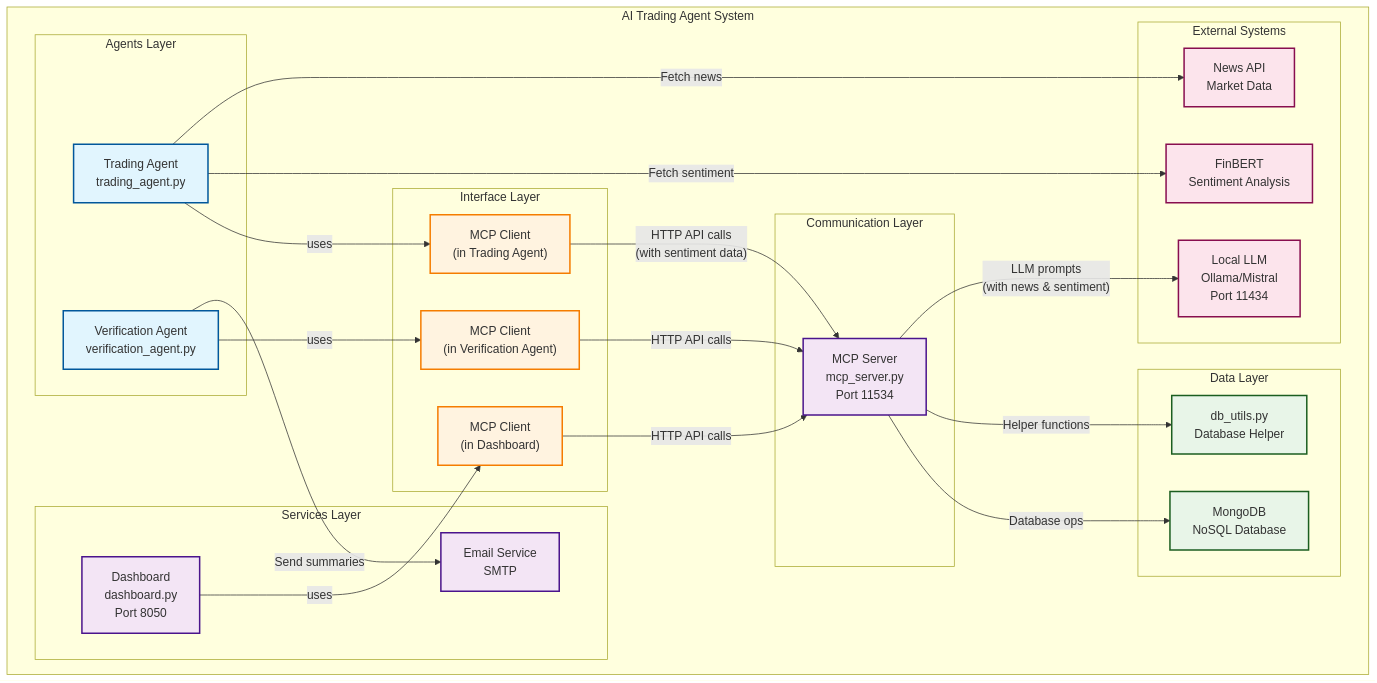
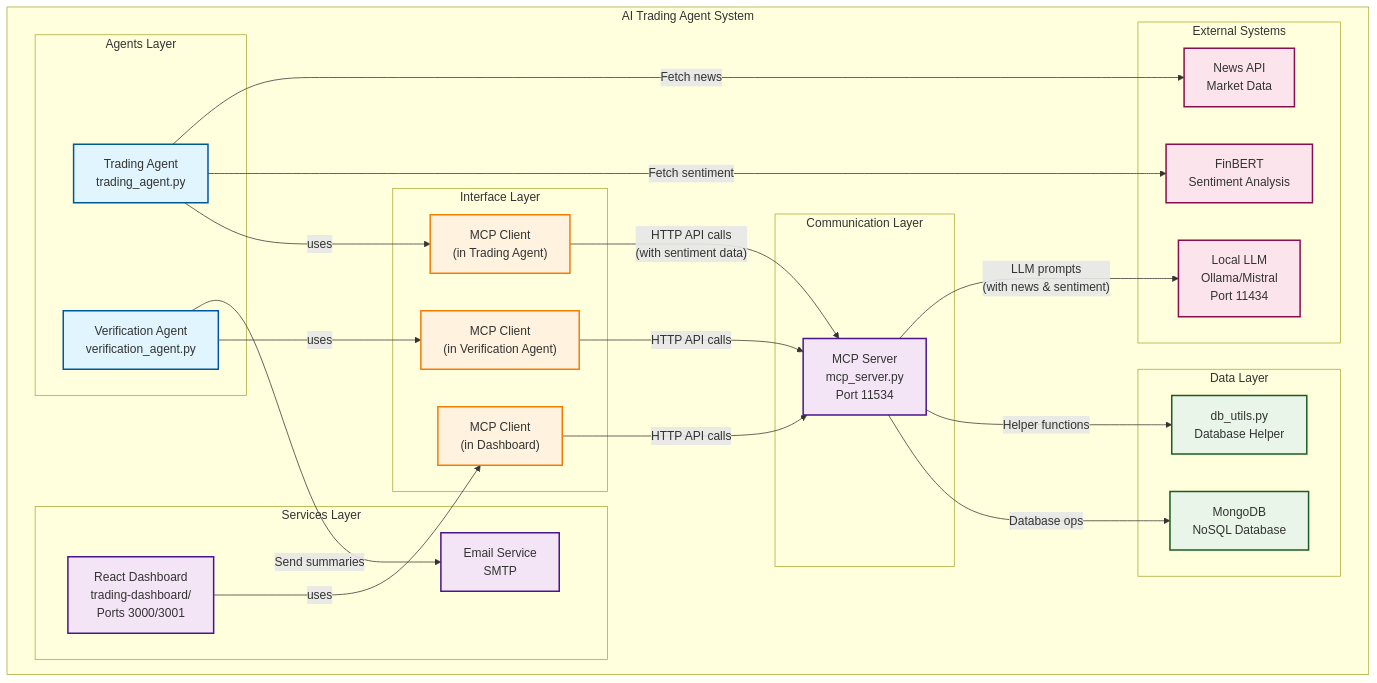
One commit to AbhishekBandarupalle/AItradingagent changed the diagram in README.md. Above: the diagram before and after it, drawn with Mermaid. The commit also changed other lines of this file and 10 other files, not shown here.

````diff
--- a/README.md
+++ b/README.md
@@ -23,70 +23,70 @@
 ```mermaid
 flowchart TB
     subgraph "AI Trading Agent System"
         subgraph "Agents Layer"
             TA["Trading Agent<br/>trading_agent.py"]
             VA["Verification Agent<br/>verification_agent.py"]
         end
         
         subgraph "Interface Layer"
             MCPC1["MCP Client<br/>(in Trading Agent)"]
             MCPC2["MCP Client<br/>(in Verification Agent)"]
             MCPC3["MCP Client<br/>(in Dashboard)"]
         end
         
         subgraph "Communication Layer"
             MCP["MCP Server<br/>mcp_server.py<br/>Port 11534"]
         end
         
         subgraph "Data Layer"
             DB["MongoDB<br/>NoSQL Database"]
             DBU["db_utils.py<br/>Database Helper"]
         end
         
         subgraph "Services Layer"
-            DASH["Dashboard<br/>dashboard.py<br/>Port 8050"]
+            DASH["React Dashboard<br/>trading-dashboard/<br/>Ports 3000/3001"]
             EMAIL["Email Service<br/>SMTP"]
         end
         
         subgraph "External Systems"
             LLM["Local LLM<br/>Ollama/Mistral<br/>Port 11434"]
             FINBERT["FinBERT<br/>Sentiment Analysis"]
             NEWS["News API<br/>Market Data"]
         end
     end
     
     %% Agent to MCP Client connections
     TA -->|"uses"| MCPC1
     VA -->|"uses"| MCPC2
     DASH -->|"uses"| MCPC3
     
     %% MCP Client to MCP Server connections
     MCPC1 -->|"HTTP API calls<br/>(with sentiment data)"| MCP
     MCPC2 -->|"HTTP API calls"| MCP
     MCPC3 -->|"HTTP API calls"| MCP
     
     %% MCP Server connections
     MCP -->|"Database ops"| DB
     MCP -->|"Helper functions"| DBU
     MCP -->|"LLM prompts<br/>(with news & sentiment)"| LLM
     
     %% Service connections
     VA -->|"Send summaries"| EMAIL
     
     %% Data collection (Trading Agent processes this data before sending to LLM)
     TA -->|"Fetch sentiment"| FINBERT
     TA -->|"Fetch news"| NEWS
     
     %% Styling
     classDef agent fill:#e1f5fe,stroke:#01579b,stroke-width:2px
     classDef interface fill:#fff3e0,stroke:#f57c00,stroke-width:2px
     classDef service fill:#f3e5f5,stroke:#4a148c,stroke-width:2px
     classDef data fill:#e8f5e8,stroke:#1b5e20,stroke-width:2px
     classDef external fill:#fce4ec,stroke:#880e4f,stroke-width:2px
     
     class TA,VA agent
     class MCPC1,MCPC2,MCPC3 interface
     class MCP,DASH,EMAIL service
     class DB,DBU data
     class LLM,FINBERT,NEWS external
 ```
````
